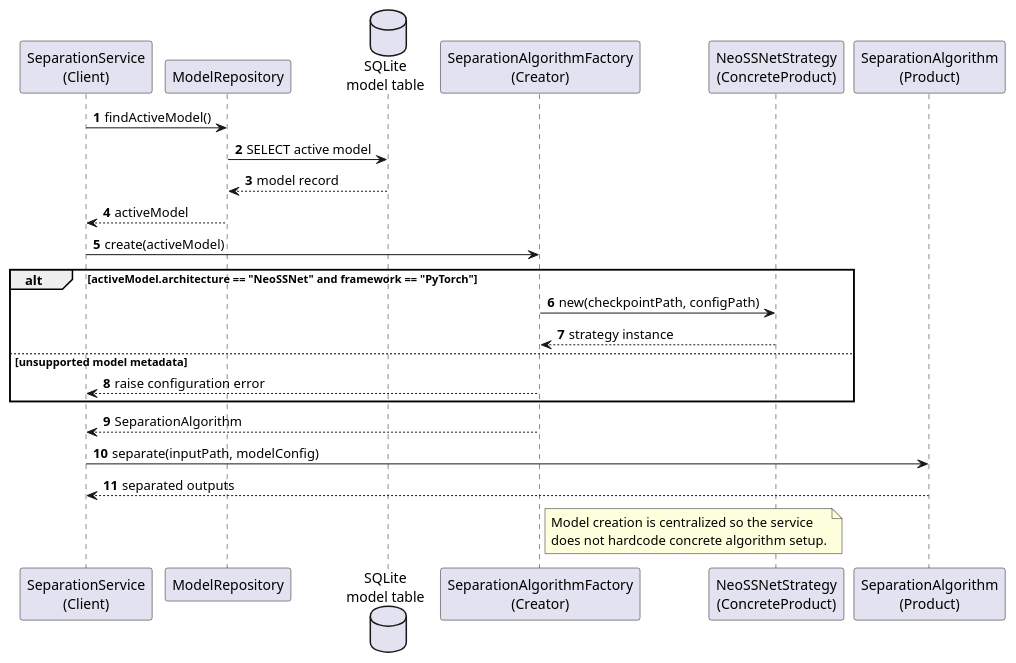
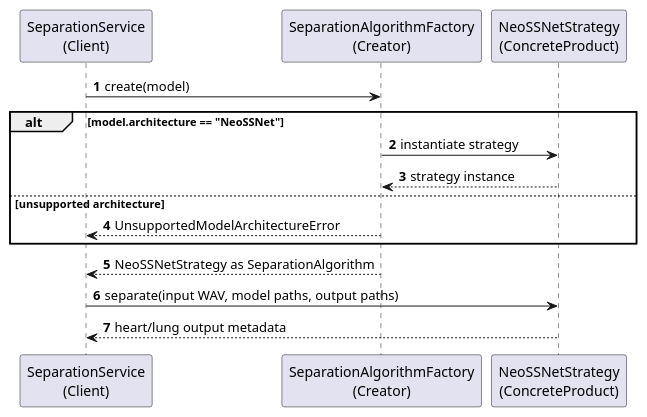
The diagram in docs/software_design_report/diagrams/puml/factory_method_sequence.puml (ASHRAF-2004/Machine-Learning-Based-System-for-Cardiopulmonary-Sound-Separation), drawn with PlantUML before and after one commit. The commit also changed 15 other files, not shown here.

```diff
--- a/docs/software_design_report/diagrams/puml/factory_method_sequence.puml
+++ b/docs/software_design_report/diagrams/puml/factory_method_sequence.puml
@@ -1,38 +1,25 @@
 @startuml
 ' Factory Method Pattern sequence diagram.
 ' Suggested LaTeX placement: normal page.
 
 skinparam shadowing false
 autonumber
 
 participant "SeparationService\n(Client)" as Service
-participant "ModelRepository" as ModelRepo
-database "SQLite\nmodel table" as DB
 participant "SeparationAlgorithmFactory\n(Creator)" as Factory
 participant "NeoSSNetStrategy\n(ConcreteProduct)" as NeoSSNet
-participant "SeparationAlgorithm\n(Product)" as Algorithm
 
-Service -> ModelRepo : findActiveModel()
-ModelRepo -> DB : SELECT active model
-DB --> ModelRepo : model record
-ModelRepo --> Service : activeModel
+Service -> Factory : create(model)
 
-Service -> Factory : create(activeModel)
-
-alt activeModel.architecture == "NeoSSNet" and framework == "PyTorch"
-  Factory -> NeoSSNet : new(checkpointPath, configPath)
+alt model.architecture == "NeoSSNet"
+  Factory -> NeoSSNet : instantiate strategy
   NeoSSNet --> Factory : strategy instance
-else unsupported model metadata
-  Factory --> Service : raise configuration error
+else unsupported architecture
+  Factory --> Service : UnsupportedModelArchitectureError
 end
 
-Factory --> Service : SeparationAlgorithm
-Service -> Algorithm : separate(inputPath, modelConfig)
-Algorithm --> Service : separated outputs
-
-note right of Factory
-  Model creation is centralized so the service
-  does not hardcode concrete algorithm setup.
-end note
+Factory --> Service : NeoSSNetStrategy as SeparationAlgorithm
+Service -> NeoSSNet : separate(input WAV, model paths, output paths)
+NeoSSNet --> Service : heart/lung output metadata
 
 @enduml
```
